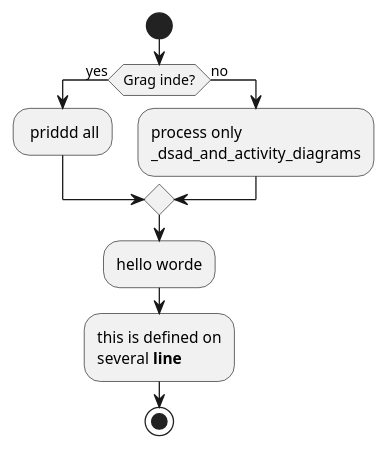
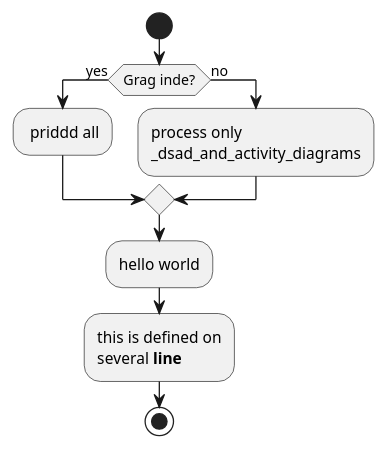
Before and after one commit to nocarpe/dcm: the diagram in uml/活动图/demo.puml, drawn with PlantUML. The commit also changed 14 other files, not shown here.

```diff
--- a/uml/活动图/demo.puml
+++ b/uml/活动图/demo.puml
@@ -1,13 +1,13 @@
 @startuml
 start
 if(Grag inde?) then (yes)
     : priddd all;
 else (no)
     :process only
     _dsad_and_activity_diagrams;
 endif
-:hello worde;
+:hello world;
 :this is defined on
 several **line**;
 stop
 @enduml
```
